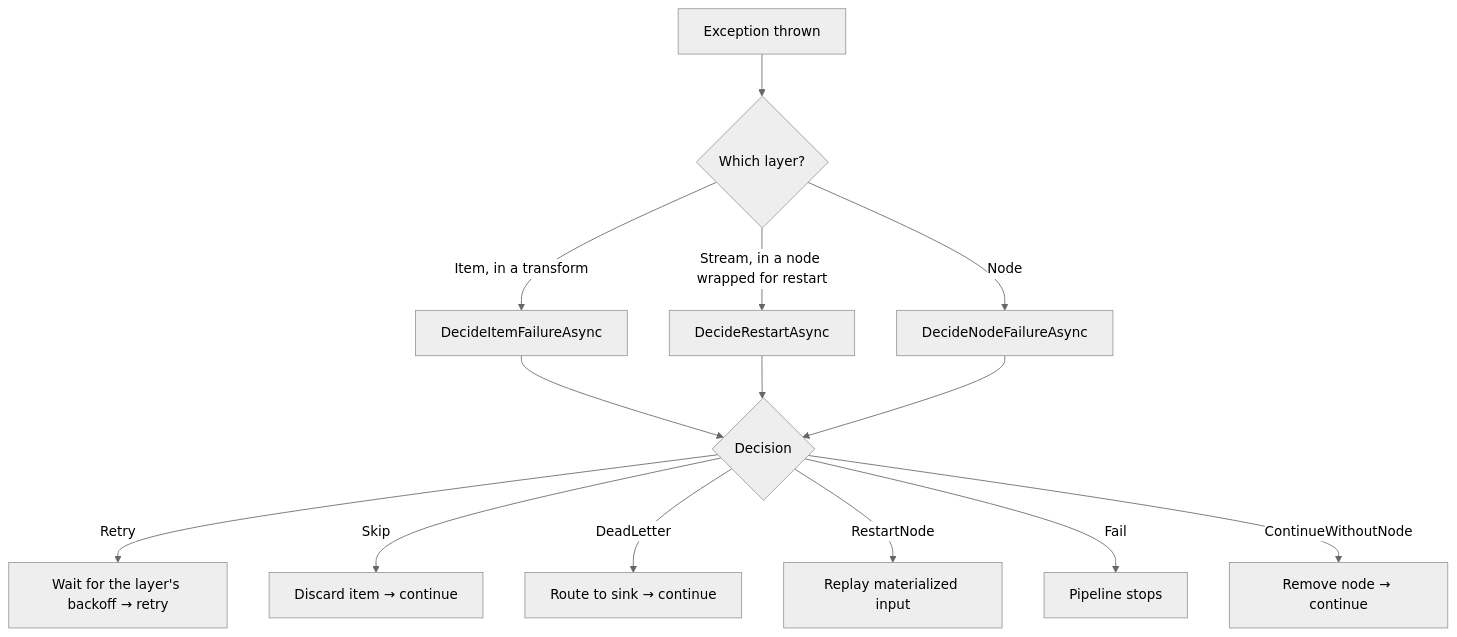
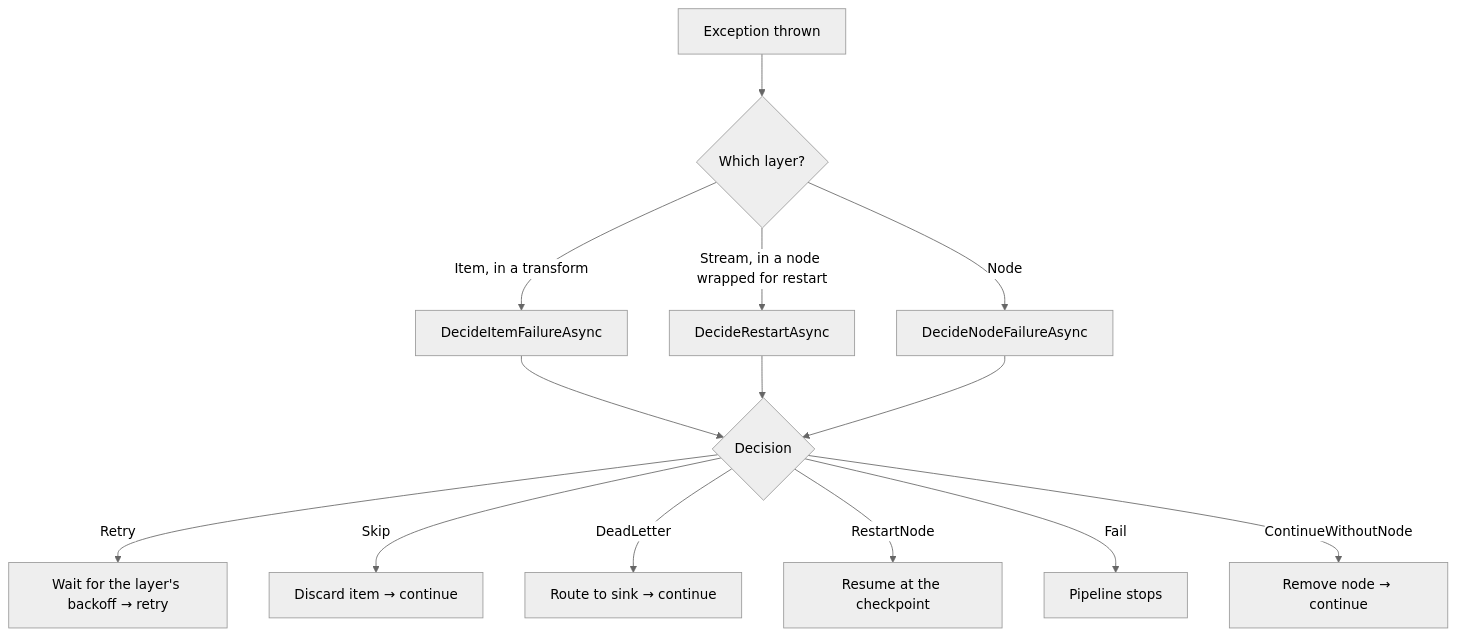
Before and after one commit to npipeline/NPipeline: the diagram in docs/error-handling/index.md, drawn with Mermaid (neutral theme). The commit also changed other lines of this file and 55 other files, not shown here.

First line of the commit message:
Rework node restart around checkpoints

````diff
--- a/docs/error-handling/index.md
+++ b/docs/error-handling/index.md
@@ -116,16 +116,16 @@
 ```mermaid
 flowchart TD
     A[Exception thrown] --> B{Which layer?}
     B -->|Item, in a transform| C[DecideItemFailureAsync]
     B -->|Stream, in a node wrapped for restart| D[DecideRestartAsync]
     B -->|Node| E[DecideNodeFailureAsync]
     C --> F{Decision}
     D --> F
     E --> F
     F -->|Retry| G[Wait for the layer's backoff → retry]
     F -->|Skip| H[Discard item → continue]
     F -->|DeadLetter| I[Route to sink → continue]
-    F -->|RestartNode| J[Replay materialized input]
+    F -->|RestartNode| J[Resume at the checkpoint]
     F -->|Fail| K[Pipeline stops]
     F -->|ContinueWithoutNode| L[Remove node → continue]
 ```
````
